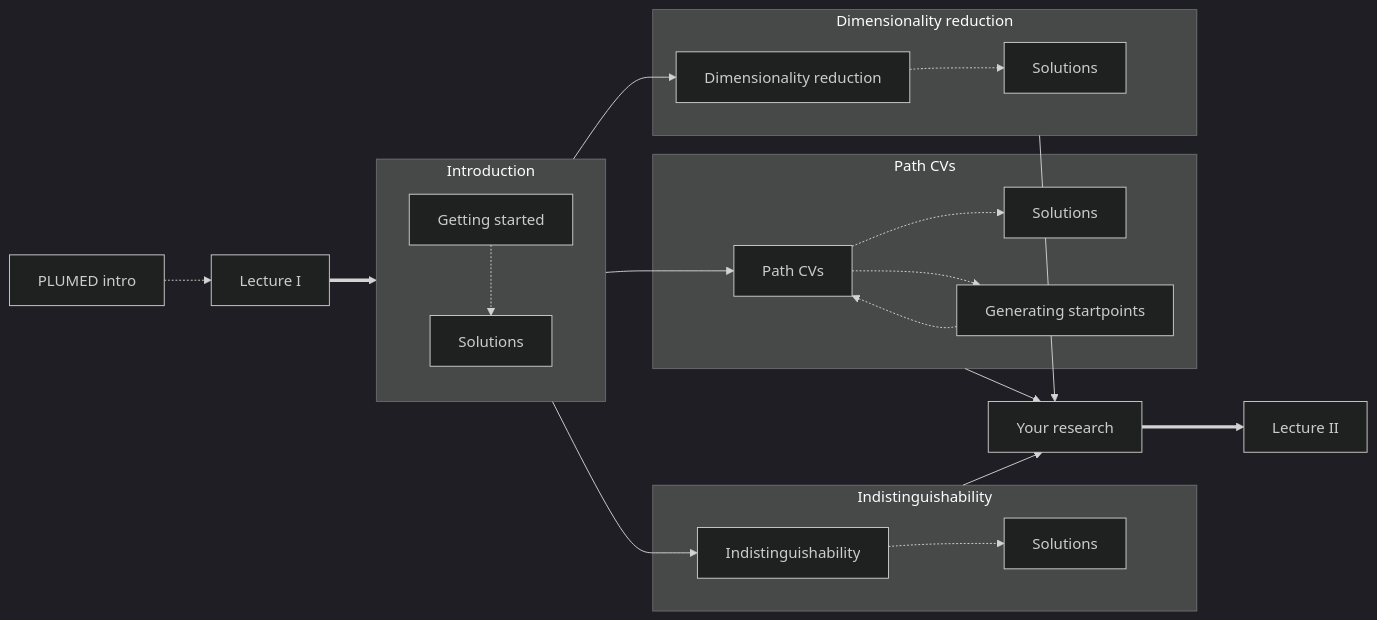
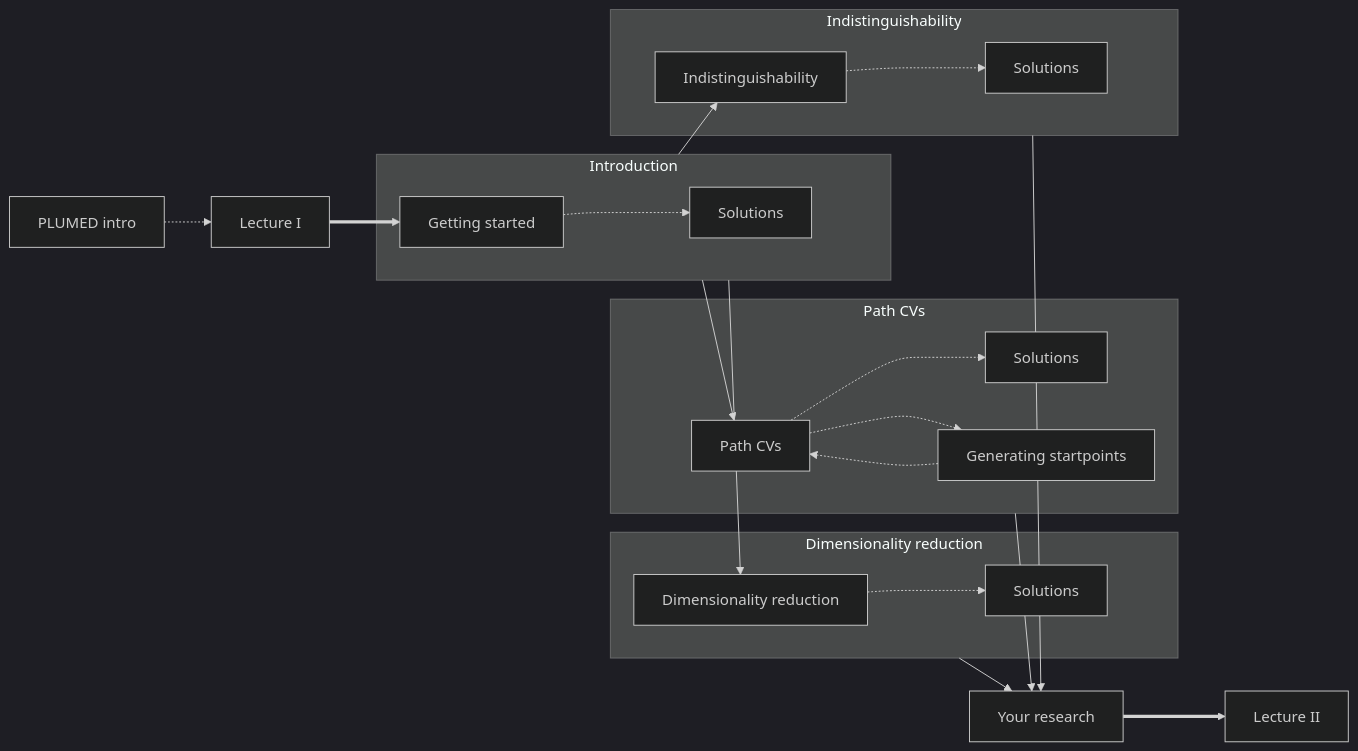
One commit to plumed/masterclass-21-6 changed the diagram in NAVIGATION.md. Above: the diagram before and after it, drawn with Mermaid (dark theme).

````diff
--- a/NAVIGATION.md
+++ b/NAVIGATION.md
@@ -13,40 +13,39 @@
 ```mermaid
 flowchart LR;
   A[PLUMED intro] -.-> B[Lecture I] 
   B ==> C[Getting started]
   subgraph one [Introduction];
-  direction TB
   C -.-> D[Solutions]
   end
   one --> E[Dimensionality reduction]
   one --> F[Path CVs]
   one --> G[Indistinguishability]
   H ==> I[Lecture II]
   subgraph two [Dimensionality reduction]
   E -.-> J[Solutions]
   end
   subgraph three [Path CVs]
   F -.-> K[Solutions]
   F -.-> M[Generating startpoints]
   M -.-> F
   end
   subgraph four [Indistinguishability]
   G -.-> L[Solutions]
   end
   two --> H[Your research] 
   three --> H
   four --> H
   click A "ref1" "This elementary lesson shows you how to install PLUMED and some basic and more advanced syntax. You will only need to complete up to exercise 1 of this earlier lesson to complete these exercises on dimensionality reduction"
   click B "video1" "A lecture that was given on April 12th 2021 as part of the plumed masterclass series that introduces you to the exercises in this lesson"
   click C "INSTRUCTIONS1.md" "Installation instructions followed by a discussion of how to run PLUMED from python direction and how to use chemiscope to visualize trajectories"
   click D "notebooks/plumed-and-python-exercises-1-and-2.ipynb" "This python notebook contains a full set of solutions for the exercises that show how you can call PLUMED from a jupyter notebook"
   click E "DIMENSIONALITY.md" "An introduction to running various different types of dimensionality reduction algorithms on trajectories"
   click F "PATHS.md" "An introduction to path collective variables and the isocommittor"
   click G "INDISTINGUISHABILITY.md" "An introduction to methods for dealing with systems of indistinguishable particles"
   click H "WRAPUP.md" "Some advice on using the methods discussed in this tutorial in your own research"
   click I "video2" "A lecture that was given on April 19th 2021 as part of the plumed masterclass series that goes through the solutions to the exercises in the lesson"
   click J "notebooks/dimensionality-reduction-exercise-3.ipynb" "This python notebook contains a full set of solutions for the exercises on dimensionality reduction techniques"
   click K "notebooks/path-cvs-exercise-4.ipynb" "This python notebook contains a full set of solutions for the exercises on path collective variables"
   click L "notebooks/indistinguishability-ex-5.ipynb" "This python notebook contains a full set of solutions for the exercises on dealing with systems of indistiguishable particles"
   click M "notebooks/create_startpoints.ipynb" "This python notebook shows how I generated a series of random startpoints for the isocommittor simulations that were used in the exercise on path CVs"
 ```
````
